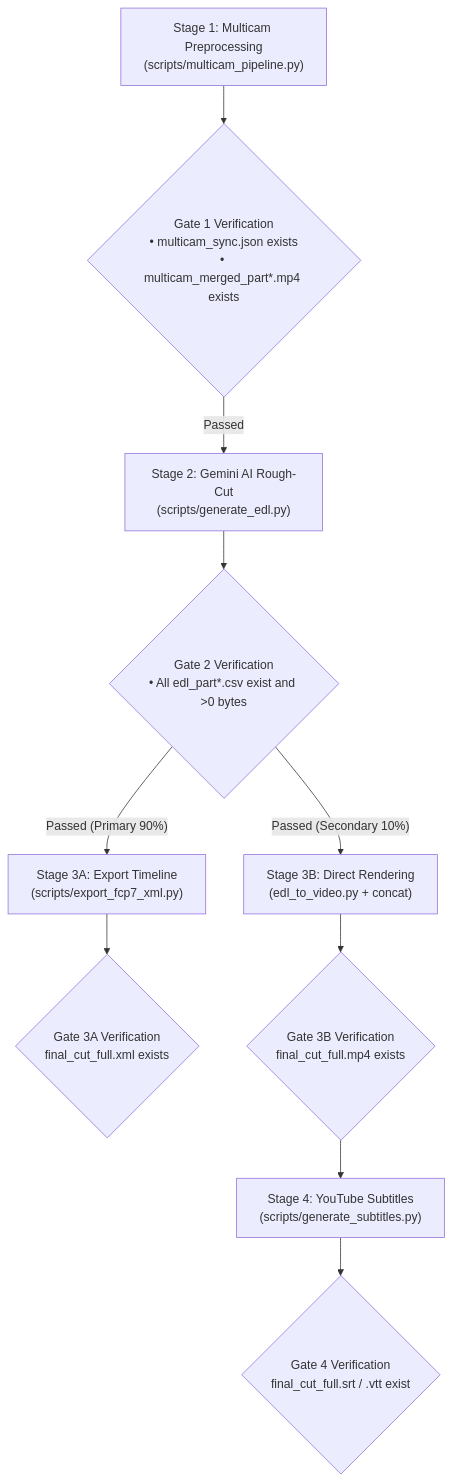
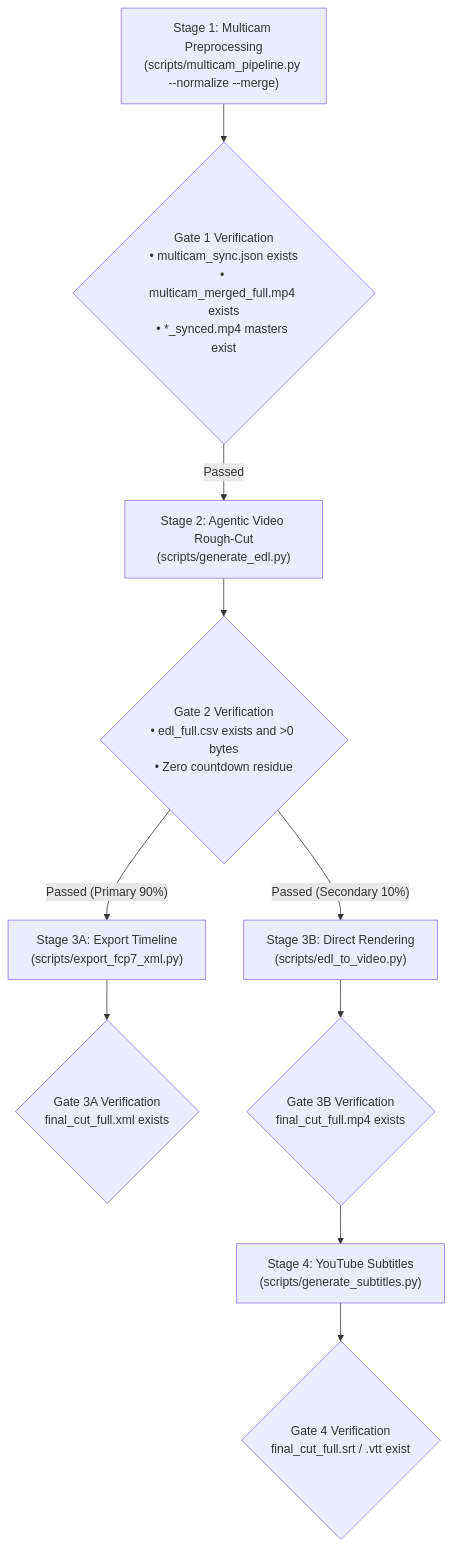
The diagram in .agent/workflows/multicam_workflow.md (sylphlin/multicam-video-preprocessing), drawn with Mermaid before and after one commit. The commit also changed other lines of this file and 13 other files, not shown here.

Commit message:
feat: re-architect pipeline to native Gemini 3.7 Flash Agentic Video zero-split workflow

````diff
--- a/.agent/workflows/multicam_workflow.md
+++ b/.agent/workflows/multicam_workflow.md
@@ -13,12 +15,12 @@
 ```mermaid
 flowchart TD
-    S1["Stage 1: Multicam Preprocessing<br/>(scripts/multicam_pipeline.py)"] --> G1{"Gate 1 Verification<br/>• multicam_sync.json exists<br/>• multicam_merged_part*.mp4 exists"}
-    G1 -->|"Passed"| S2["Stage 2: Gemini AI Rough-Cut<br/>(scripts/generate_edl.py)"]
-    S2 --> G2{"Gate 2 Verification<br/>• All edl_part*.csv exist and >0 bytes"}
+    S1["Stage 1: Multicam Preprocessing<br/>(scripts/multicam_pipeline.py --normalize --merge)"] --> G1{"Gate 1 Verification<br/>• multicam_sync.json exists<br/>• multicam_merged_full.mp4 exists<br/>• *_synced.mp4 masters exist"}
+    G1 -->|"Passed"| S2["Stage 2: Agentic Video Rough-Cut<br/>(scripts/generate_edl.py)"]
+    S2 --> G2{"Gate 2 Verification<br/>• edl_full.csv exists and >0 bytes<br/>• Zero countdown residue"}
     G2 -->|"Passed (Primary 90%)"| S3A["Stage 3A: Export Timeline<br/>(scripts/export_fcp7_xml.py)"]
-    G2 -->|"Passed (Secondary 10%)"| S3B["Stage 3B: Direct Rendering<br/>(edl_to_video.py + concat)"]
+    G2 -->|"Passed (Secondary 10%)"| S3B["Stage 3B: Direct Rendering<br/>(scripts/edl_to_video.py)"]
     S3A --> G3A{"Gate 3A Verification<br/>final_cut_full.xml exists"}
     S3B --> G3B{"Gate 3B Verification<br/>final_cut_full.mp4 exists"}
     G3B --> S4["Stage 4: YouTube Subtitles<br/>(scripts/generate_subtitles.py)"]
     S4 --> G4{"Gate 4 Verification<br/>final_cut_full.srt / .vtt exist"}
 ```
````
